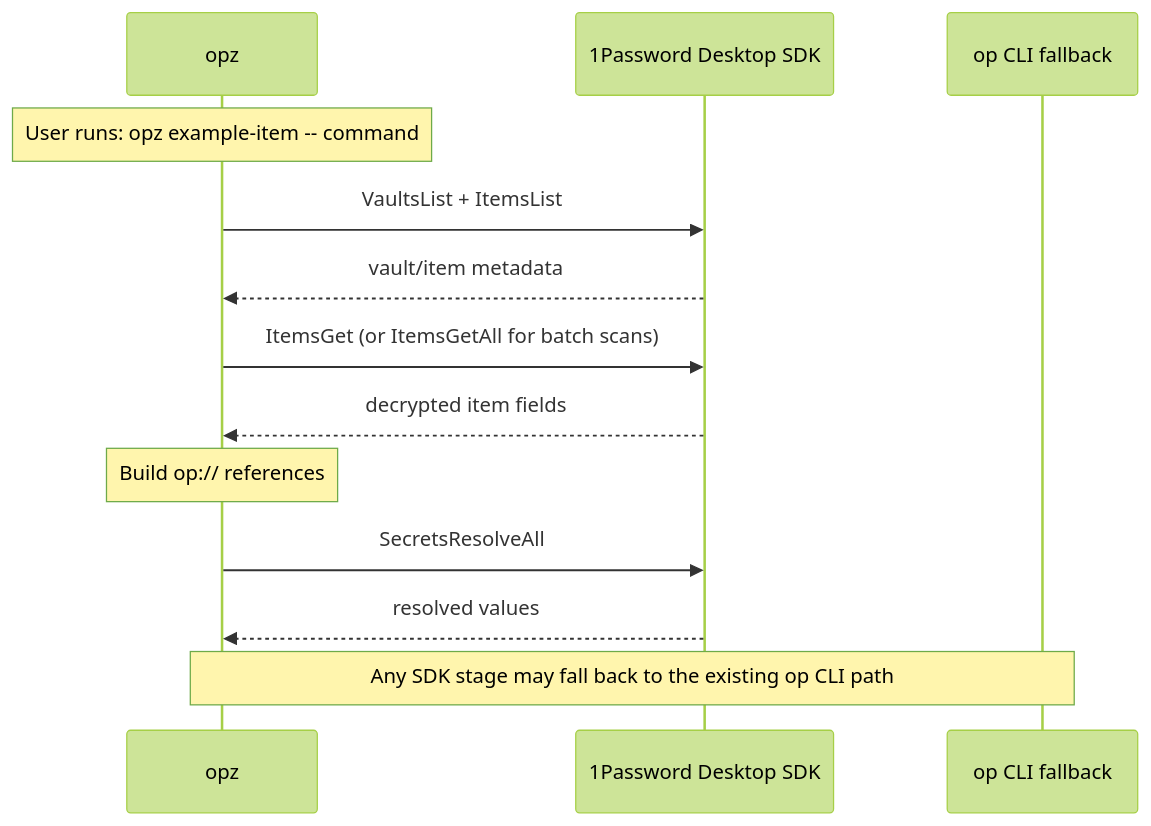
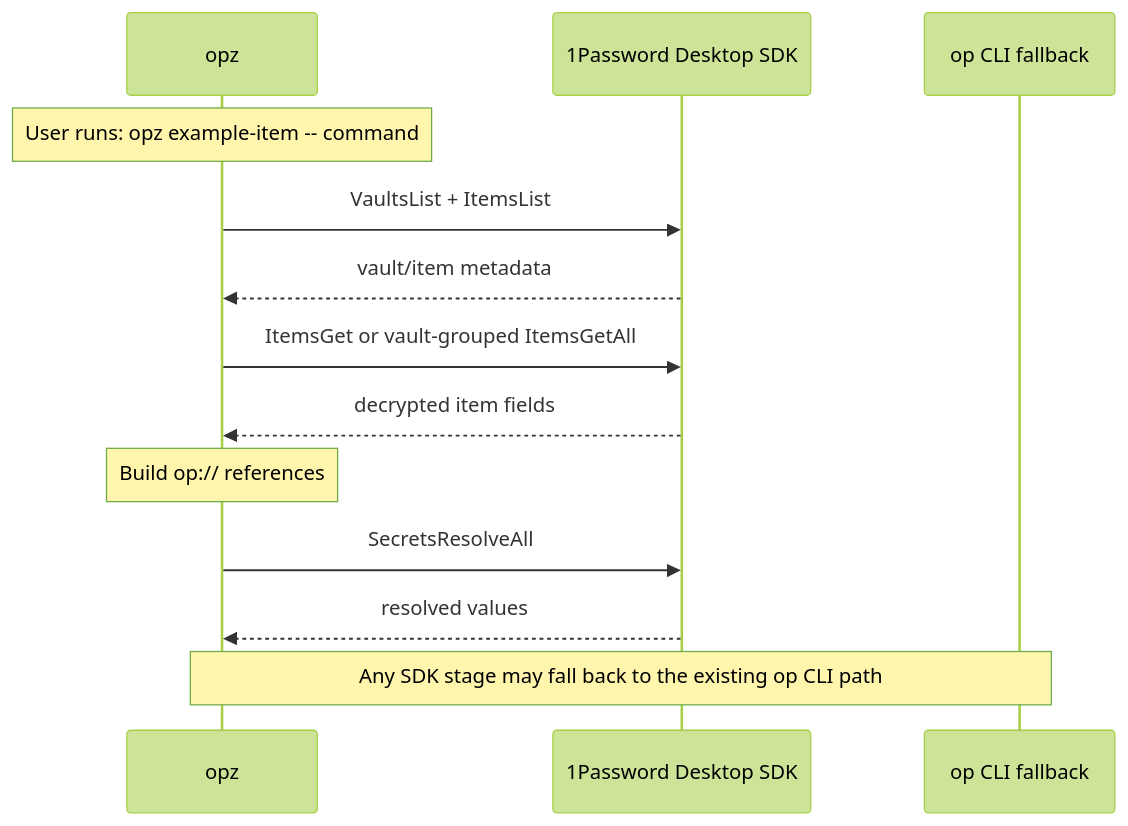
Before and after one commit to f4ah6o/opz: the diagram in README.md, drawn with Mermaid (forest theme). The commit also changed other lines of this file and 2 other files, not shown here.

Commit message:
perf: batch exact 1Password item reads

````diff
--- a/README.md
+++ b/README.md
@@ -440,16 +440,16 @@
 ```mermaid
 sequenceDiagram
     participant opz
     participant sdk as 1Password Desktop SDK
     participant op as op CLI fallback
 
     Note over opz: User runs: opz example-item -- command
     opz->>sdk: VaultsList + ItemsList
     sdk-->>opz: vault/item metadata
-    opz->>sdk: ItemsGet (or ItemsGetAll for batch scans)
+    opz->>sdk: ItemsGet or vault-grouped ItemsGetAll
     sdk-->>opz: decrypted item fields
     Note over opz: Build op:// references
     opz->>sdk: SecretsResolveAll
     sdk-->>opz: resolved values
     Note over opz,op: Any SDK stage may fall back to the existing op CLI path
 ```
````
